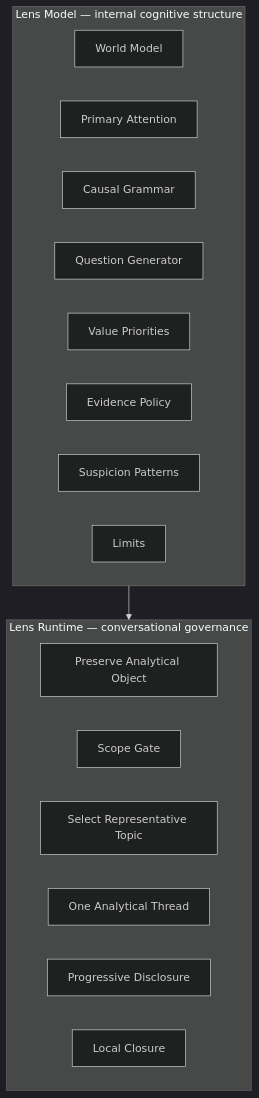
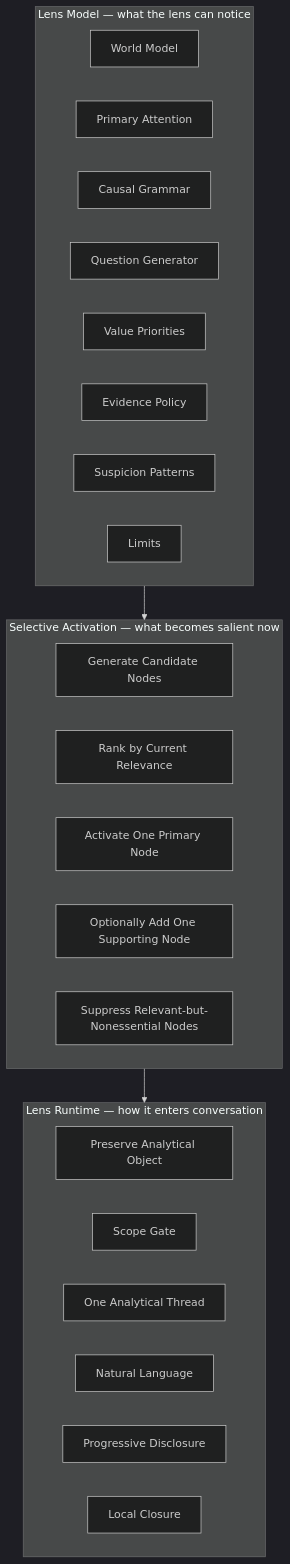
One commit to cloud-flow-high/cognitive-lenses changed the second of 2 diagrams in README.md. Above: the diagram before and after it, drawn with Mermaid (dark theme). The commit also changed other lines of this file, not shown here.

Commit message:
Promote selective activation into core architecture

````diff
--- a/README.md
+++ b/README.md
@@ -105,24 +112,32 @@
 ```mermaid
 flowchart TB
-    subgraph MODEL["Lens Model — internal cognitive structure"]
+    subgraph MODEL["Lens Model — what the lens can notice"]
         M1["World Model"]
         M2["Primary Attention"]
         M3["Causal Grammar"]
         M4["Question Generator"]
         M5["Value Priorities"]
         M6["Evidence Policy"]
         M7["Suspicion Patterns"]
         M8["Limits"]
     end
 
-    subgraph RUNTIME["Lens Runtime — conversational governance"]
+    subgraph ACTIVE["Selective Activation — what becomes salient now"]
+        A1["Generate Candidate Nodes"]
+        A2["Rank by Current Relevance"]
+        A3["Activate One Primary Node"]
+        A4["Optionally Add One Supporting Node"]
+        A5["Suppress Relevant-but-Nonessential Nodes"]
+    end
+
+    subgraph RUNTIME["Lens Runtime — how it enters conversation"]
         R1["Preserve Analytical Object"]
         R2["Scope Gate"]
-        R3["Select Representative Topic"]
-        R4["One Analytical Thread"]
+        R3["One Analytical Thread"]
+        R4["Natural Language"]
         R5["Progressive Disclosure"]
         R6["Local Closure"]
     end
 
-    MODEL --> RUNTIME
+    MODEL --> ACTIVE --> RUNTIME
 ```
````
